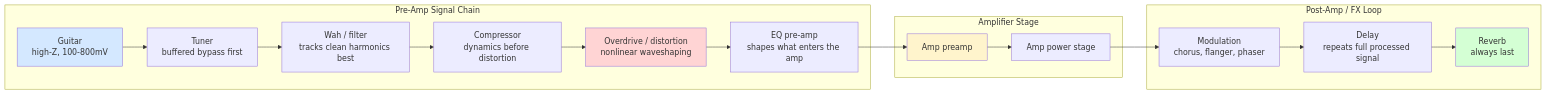
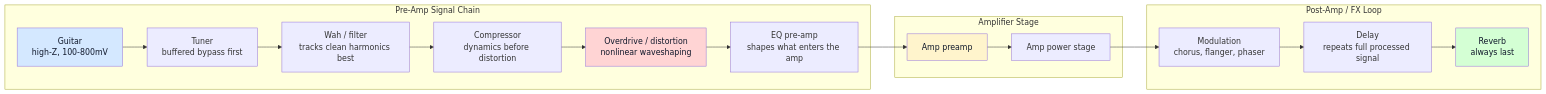
The third of 5 diagrams in topics/arts/music_performance/electric_guitar/labs.md (blebleblee/synapse), drawn with Mermaid before and after one commit. The commit also changed other lines of this file and 1464 other files, not shown here.

Commit message:
feat(release): curriculum vector mermaid upgrade, render hardening, and master synpack

````diff
--- a/topics/arts/music_performance/electric_guitar/labs.md
+++ b/topics/arts/music_performance/electric_guitar/labs.md
@@ -462,26 +462,26 @@
 ```mermaid
 graph LR
     subgraph sub_preamp_chain ["Pre-Amp Signal Chain"]
         A["Guitar<br/>high-Z, 100-800mV"] --> B["Tuner<br/>buffered bypass first"]
         B --> C["Wah / filter<br/>tracks clean harmonics best"]
         C --> D["Compressor<br/>dynamics before distortion"]
         D --> E["Overdrive / distortion<br/>nonlinear waveshaping"]
         E --> F["EQ pre-amp<br/>shapes what enters the amp"]
     end
 
     subgraph sub_amp ["Amplifier Stage"]
         G["Amp preamp"] --> H["Amp power stage"]
     end
 
     subgraph sub_postamp ["Post-Amp / FX Loop"]
         I["Modulation<br/>chorus, flanger, phaser"] --> J["Delay<br/>repeats full processed signal"] --> K["Reverb<br/>always last"]
     end
 
     F --> G
     H --> I
 
-    style A fill:#d4e8ff
-    style E fill:#ffd4d4
-    style G fill:#fff4cc
-    style K fill:#d4ffd4
+    style A fill:#d4e8ff,color:#0f172a
+    style E fill:#ffd4d4,color:#0f172a
+    style G fill:#fff4cc,color:#0f172a
+    style K fill:#d4ffd4,color:#0f172a
 ```
````
